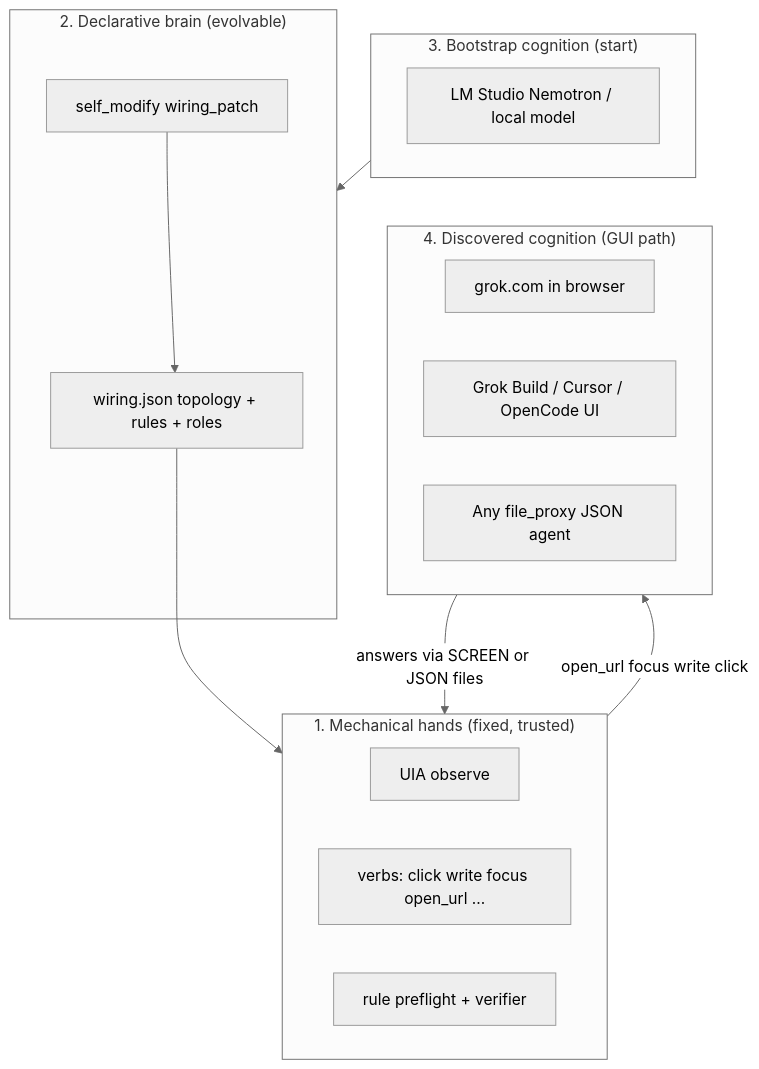
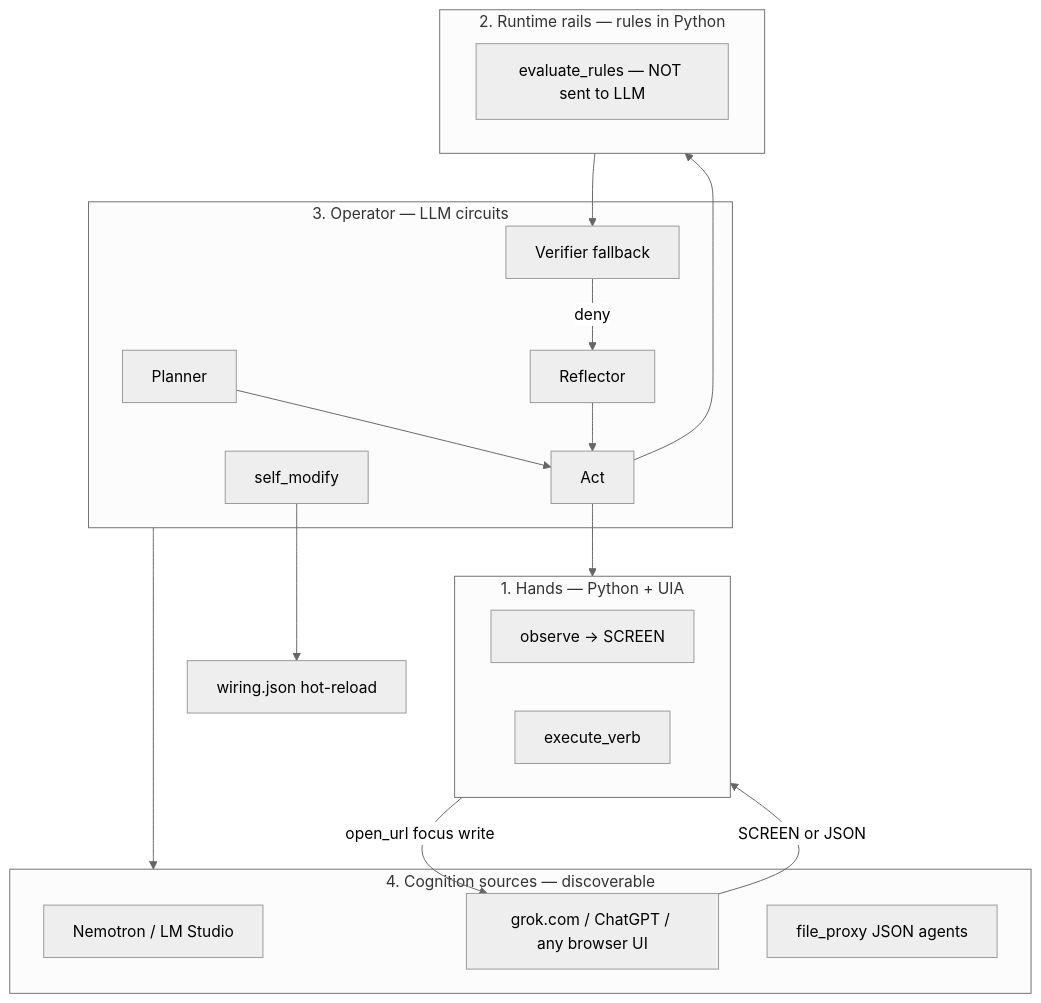
The second of 6 diagrams in README.md (wgabrys88/endgame-ai), drawn with Mermaid (neutral theme) before and after one commit. The commit also changed other lines of this file, not shown here.

Commit message:
docs: full README rewrite — lecture for humans and AI, operator thesis, handoffs

````diff
--- a/README.md
+++ b/README.md
@@ -168,29 +87,33 @@
 ```mermaid
 flowchart TB
-    subgraph Hands["1. Mechanical hands (fixed, trusted)"]
-        UIA[UIA observe]
-        VERBS[verbs: click write focus open_url ...]
-        VERIFY[rule preflight + verifier]
+    subgraph Hands["1. Hands — Python + UIA"]
+        OBS[observe → SCREEN]
+        ACT[execute_verb]
     end
 
-    subgraph Brain["2. Declarative brain (evolvable)"]
-        WIRING[wiring.json topology + rules + roles]
-        SM[self_modify wiring_patch]
+    subgraph Runtime["2. Runtime rails — rules in Python"]
+        RL[evaluate_rules — NOT sent to LLM]
     end
 
-    subgraph Bootstrap["3. Bootstrap cognition (start)"]
-        NEMO[LM Studio Nemotron / local model]
+    subgraph Operator["3. Operator — LLM circuits"]
+        PL[Planner]
+        AC[Act]
+        VF[Verifier fallback]
+        RF[Reflector]
+        SM[self_modify]
     end
 
-    subgraph Upgrade["4. Discovered cognition (GUI path)"]
-        GROK[grok.com in browser]
-        GB[Grok Build / Cursor / OpenCode UI]
-        FP[Any file_proxy JSON agent]
+    subgraph Cognition["4. Cognition sources — discoverable"]
+        NEM[Nemotron / LM Studio]
+        WEB[grok.com / ChatGPT / any browser UI]
+        FP[file_proxy JSON agents]
     end
 
-    WIRING --> Hands
-    Bootstrap --> Brain
-    Hands -->|"open_url focus write click"| Upgrade
-    Upgrade -->|"answers via SCREEN or JSON files"| Hands
-    SM --> WIRING
+    PL --> AC --> Hands
+    AC --> Runtime --> VF
+    VF -->|deny| RF --> AC
+    SM --> WIRING[wiring.json hot-reload]
+    Operator --> Cognition
+    Hands -->|open_url focus write| WEB
+    WEB -->|SCREEN or JSON| Hands
 ```
````
